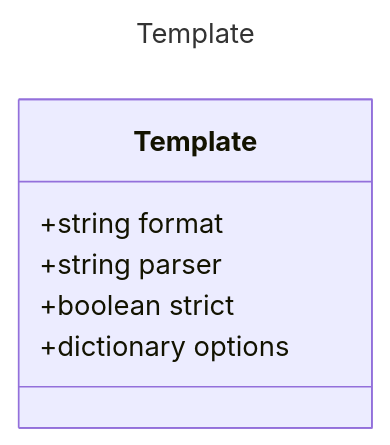
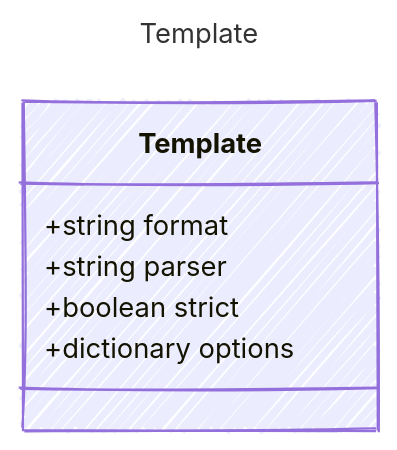
The diagram in specification/prompty/docs/Template.md (microsoft/prompty), drawn with Mermaid before and after one commit. The commit also changed 36 other files, not shown here.

Commit message:
cleaned up diagrams

````diff
--- a/specification/prompty/docs/Template.md
+++ b/specification/prompty/docs/Template.md
@@ -14,12 +14,17 @@
 ```mermaid
 ---
 title: Template
+config:
+  look: handDrawn
+  theme: colorful
+  class:
+    hideEmptyMembersBox: true
 ---
 classDiagram
     class Template {
         +string format
         +string parser
         +boolean strict
         +dictionary options
     }
 ```
````
